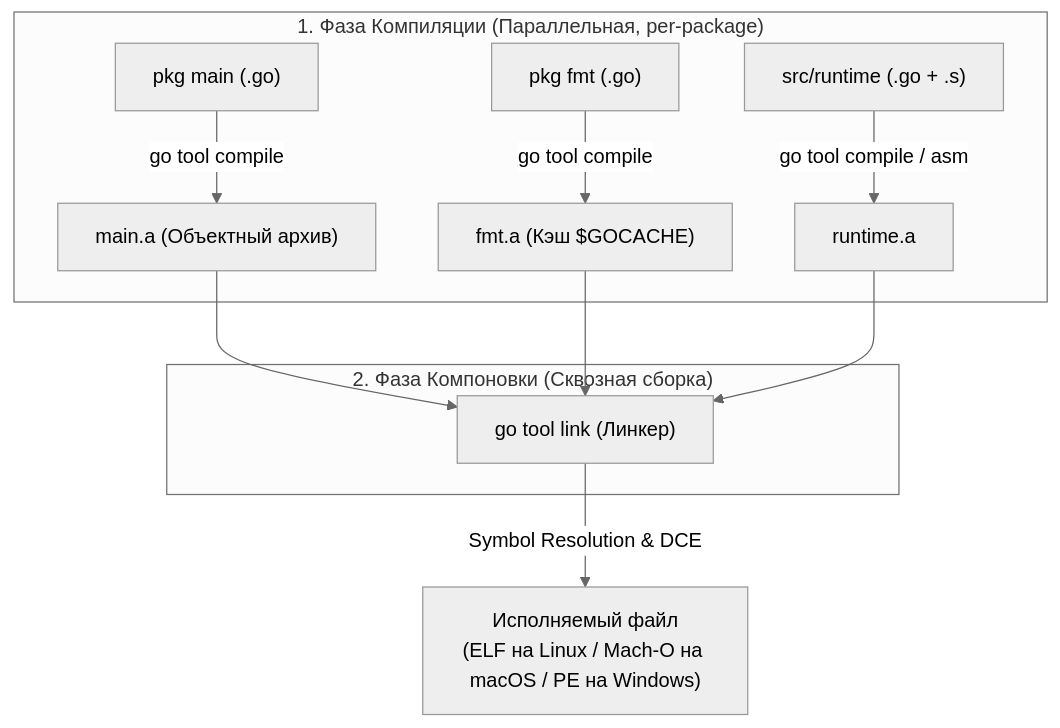
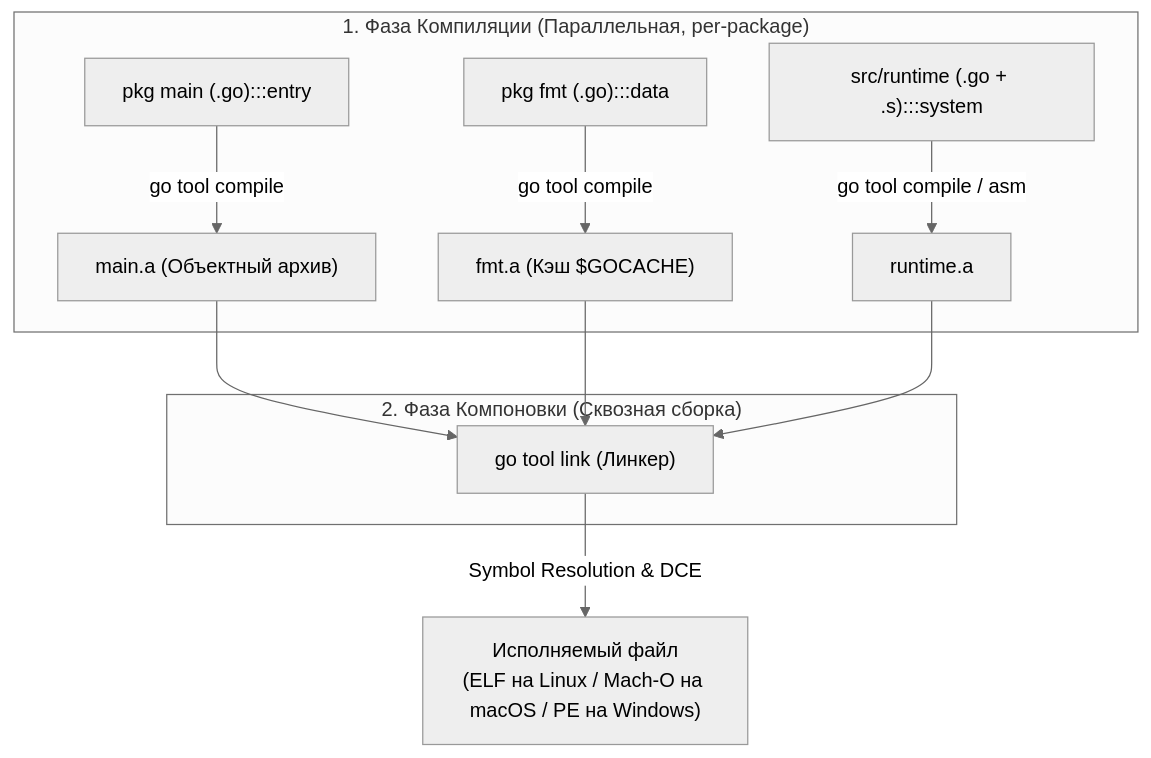
The first of 2 diagrams in sources/7. Глубокий Go (Внутреннее устройство)/44. Linker и Build Modes.md (UnrealTemplier/go-textbook), drawn with Mermaid (neutral theme) before and after one commit. The commit also changed 1666 other files, not shown here.

First line of the commit message:
feat(mermaid): add semantic color classDef to 1369 colorless flowchart/graph diagrams

````diff
--- a/sources/7. Глубокий Go (Внутреннее устройство)/44. Linker и Build Modes.md
+++ b/sources/7. Глубокий Go (Внутреннее устройство)/44. Linker и Build Modes.md
@@ -18,16 +18,26 @@
 ```mermaid
 flowchart TD
+    classDef process  fill:#1e293b,stroke:#38bdf8,stroke-width:1px,color:#f8fafc
+    classDef success  fill:#064e3b,stroke:#34d399,stroke-width:1px,color:#f8fafc
+    classDef error    fill:#7f1d1d,stroke:#f87171,stroke-width:1px,color:#f8fafc
+    classDef warning  fill:#78350f,stroke:#fbbf24,stroke-width:1px,color:#f8fafc
+    classDef entry    fill:#1e3a5f,stroke:#38bdf8,stroke-width:2px,color:#f8fafc
+    classDef aux      fill:#334155,stroke:#64748b,stroke-width:1px,color:#f8fafc
+    classDef system   fill:#312e81,stroke:#a78bfa,stroke-width:1px,color:#f8fafc
+    classDef data     fill:#132d29,stroke:#2dd4bf,stroke-width:1px,color:#f8fafc
+    classDef network  fill:#881337,stroke:#fb7185,stroke-width:1px,color:#f8fafc
+    classDef accent   fill:#1e1b4b,stroke:#818cf8,stroke-width:1px,color:#f8fafc
     subgraph COMPILER ["1. Фаза Компиляции (Параллельная, per-package)"]
-        PKG_MAIN["pkg main (.go)"] -->|go tool compile| OBJ_MAIN["main.a (Объектный архив)"]
-        PKG_FMT["pkg fmt (.go)"] -->|go tool compile| OBJ_FMT["fmt.a (Кэш $GOCACHE)"]
-        PKG_RUNTIME["src/runtime (.go + .s)"] -->|go tool compile / asm| OBJ_RUNTIME["runtime.a"]
+        PKG_MAIN["pkg main (.go):::entry"] -->|go tool compile| OBJ_MAIN["main.a (Объектный архив)"]
+        PKG_FMT["pkg fmt (.go):::data"] -->|go tool compile| OBJ_FMT["fmt.a (Кэш $GOCACHE)"]
+        PKG_RUNTIME["src/runtime (.go + .s):::system"] -->|go tool compile / asm| OBJ_RUNTIME["runtime.a"]
     end
     
     subgraph LINKER ["2. Фаза Компоновки (Сквозная сборка)"]
         OBJ_MAIN --> LINK["go tool link (Линкер)"]
         OBJ_FMT --> LINK
         OBJ_RUNTIME --> LINK
     end
     
     LINK -->|"Symbol Resolution & DCE"| BINARY["Исполняемый файл<br>(ELF на Linux / Mach-O на macOS / PE на Windows)"]
 ```
````
